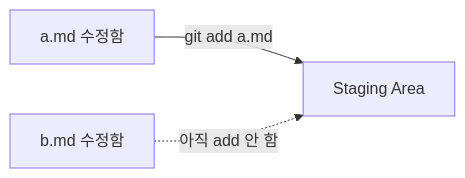
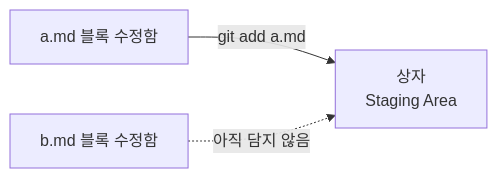
The second of 6 diagrams in _posts/2026-08-31-개념 총설명.md (skinopero/my-blog), drawn with Mermaid before and after one commit. The commit also changed other lines of this file and 2 other files, not shown here.

````diff
--- a/_posts/2026-08-31-개념 총설명.md
+++ b/_posts/2026-08-31-개념 총설명.md
@@ -56,5 +55,5 @@
 ```mermaid
 flowchart LR
-    A[a.md 수정함] -->|git add a.md| S[Staging Area]
-    B[b.md 수정함] -.->|아직 add 안 함| S
+    A[a.md 블록 수정함] -->|git add a.md| S[상자<br/>Staging Area]
+    B[b.md 블록 수정함] -.->|아직 담지 않음| S
 ```
````
